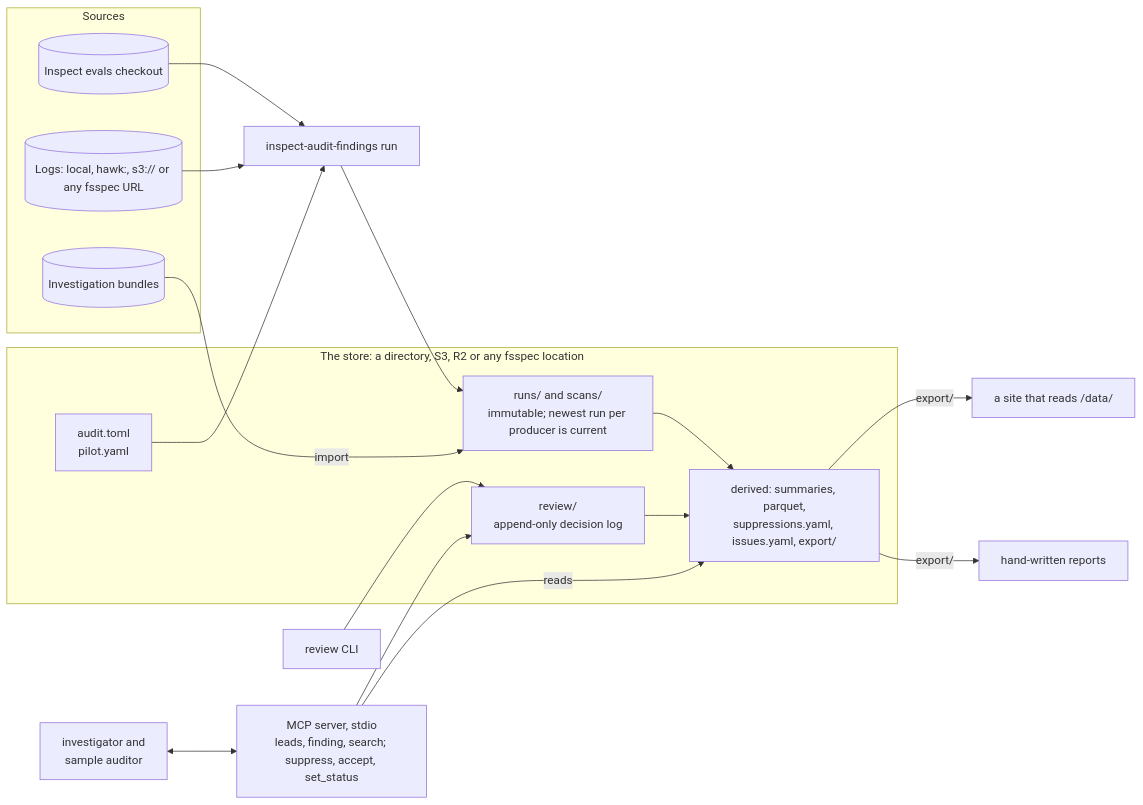
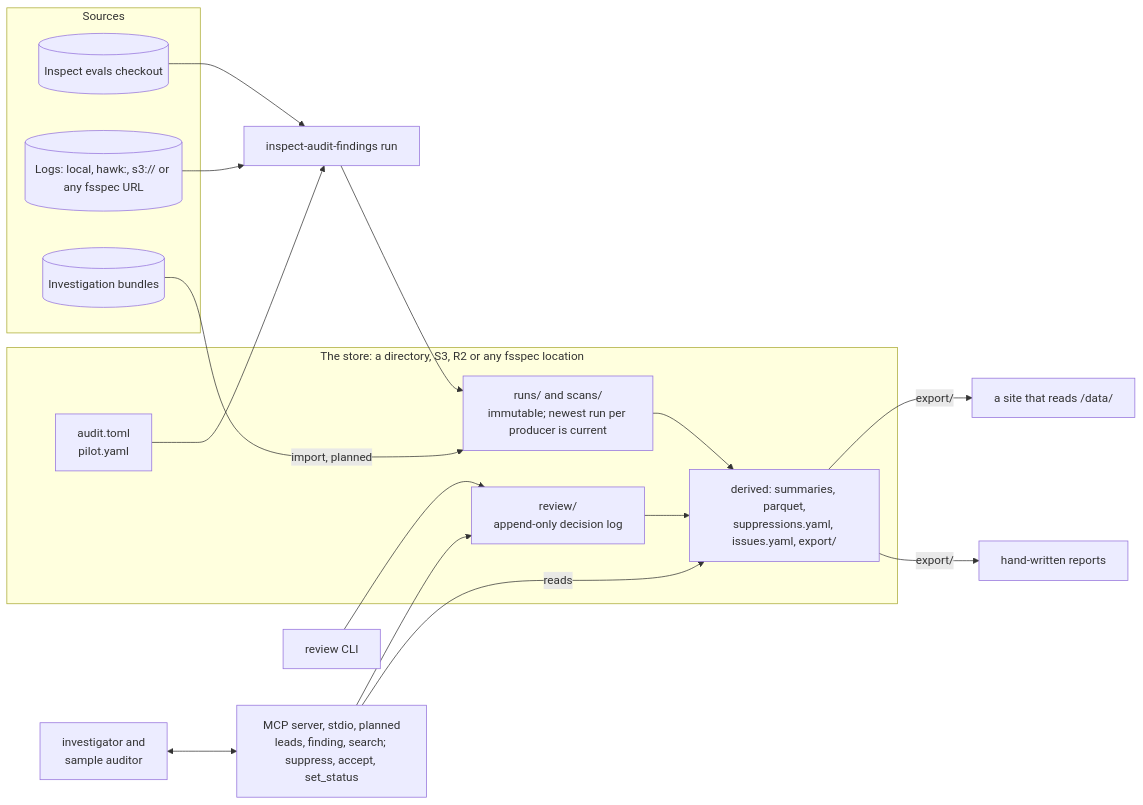
One commit to Generality-Labs/inspect_audit changed the diagram in docs/architecture.md. Above: the diagram before and after it, drawn with Mermaid. The commit also changed other lines of this file and 6 other files, not shown here.

````diff
--- a/docs/architecture.md
+++ b/docs/architecture.md
@@ -9,27 +9,27 @@
 ```mermaid
 flowchart LR
     subgraph sources["Sources"]
         EV[(Inspect evals checkout)]
         LOGS[(Logs: local, hawk:, s3:// or any fsspec URL)]
         INV[(Investigation bundles)]
     end
     subgraph store["The store: a directory, S3, R2 or any fsspec location"]
         CFG[audit.toml<br/>pilot.yaml]
         RUNS[runs/ and scans/<br/>immutable; newest run per producer is current]
         DEC[review/<br/>append-only decision log]
         DER[derived: summaries, parquet,<br/>suppressions.yaml, issues.yaml, export/]
         RUNS --> DER
         DEC --> DER
     end
     EV --> SWEEP[inspect-audit-findings run]
     LOGS --> SWEEP
     CFG --> SWEEP
     SWEEP --> RUNS
-    INV -- import --> RUNS
+    INV -- import, planned --> RUNS
     REVIEW[review CLI] --> DEC
-    MCP[MCP server, stdio<br/>leads, finding, search; suppress, accept, set_status] --> DEC
+    MCP[MCP server, stdio, planned<br/>leads, finding, search; suppress, accept, set_status] --> DEC
     MCP -- reads --> DER
     AGENTS[investigator and<br/>sample auditor] <--> MCP
     DER -- export/ --> SITE[a site that reads /data/]
     DER -- export/ --> POSTS[hand-written reports]
 ```
````
